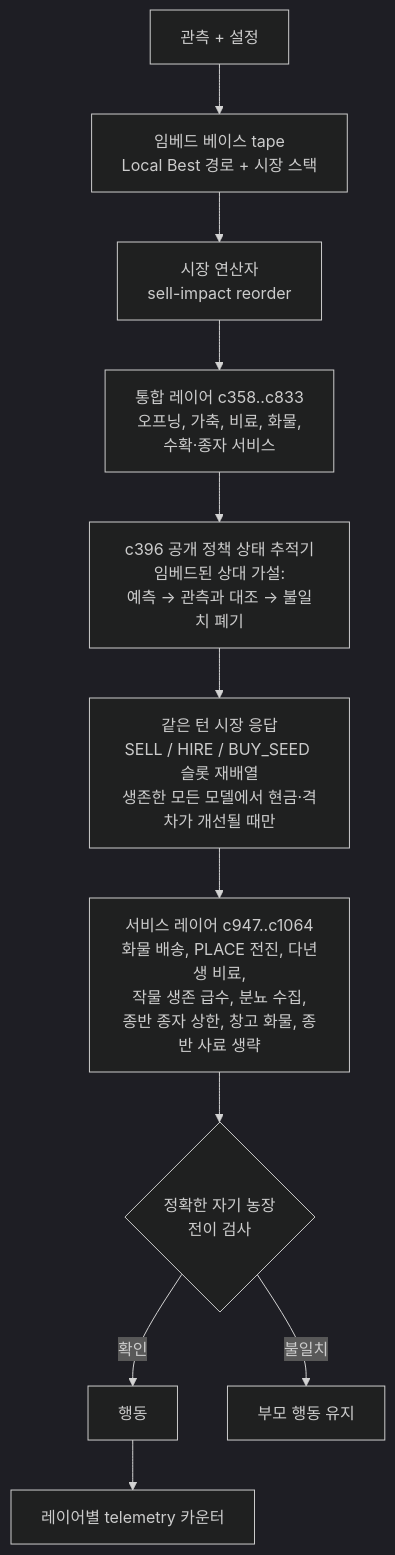
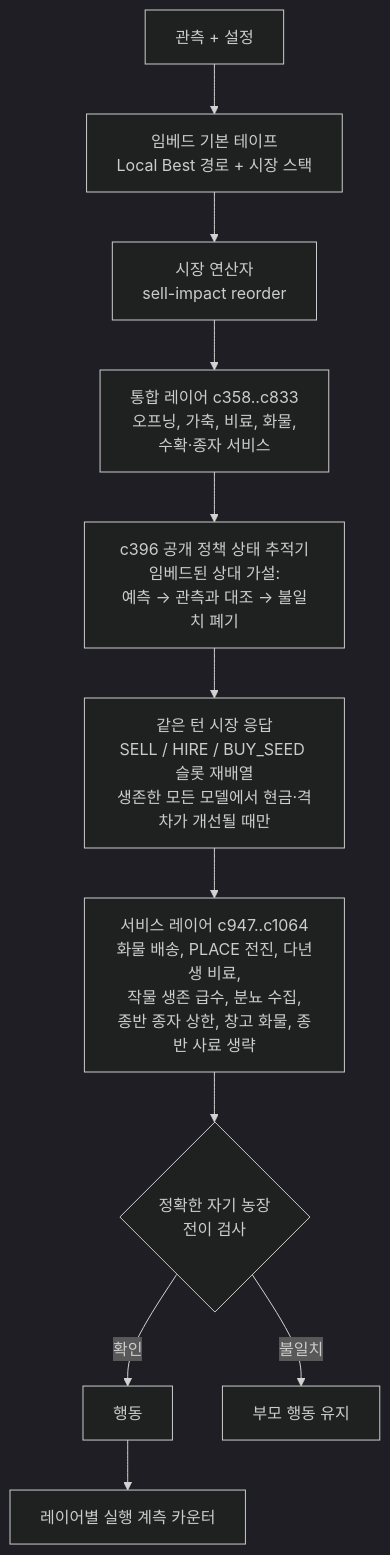
The second of 3 diagrams in README.ko.md (TaeyanG4/kaggriculture-strategy-meta), drawn with Mermaid (dark theme) before and after one commit. The commit also changed other lines of this file and 2 other files, not shown here.

````diff
--- a/README.ko.md
+++ b/README.ko.md
@@ -151,13 +154,13 @@
 ```mermaid
 flowchart TD
-    O[관측 + 설정] --> T[임베드 베이스 tape<br/>Local Best 경로 + 시장 스택]
+    O[관측 + 설정] --> T[임베드 기본 테이프<br/>Local Best 경로 + 시장 스택]
     T --> M[시장 연산자<br/>sell-impact reorder]
     M --> L1[통합 레이어 c358..c833<br/>오프닝, 가축, 비료, 화물,<br/>수확·종자 서비스]
     L1 --> S[c396 공개 정책 상태 추적기<br/>임베드된 상대 가설:<br/>예측 → 관측과 대조 → 불일치 폐기]
     S --> R[같은 턴 시장 응답<br/>SELL / HIRE / BUY_SEED 슬롯 재배열<br/>생존한 모든 모델에서 현금·격차가 개선될 때만]
     R --> L2[서비스 레이어 c947..c1064<br/>화물 배송, PLACE 전진, 다년생 비료,<br/>작물 생존 급수, 분뇨 수집,<br/>종반 종자 상한, 창고 화물, 종반 사료 생략]
     L2 --> V{정확한 자기 농장<br/>전이 검사}
     V -- 확인 --> A[행동]
     V -- 불일치 --> P[부모 행동 유지]
-    A --> X[레이어별 telemetry 카운터]
+    A --> X[레이어별 실행 계측 카운터]
 ```
````
